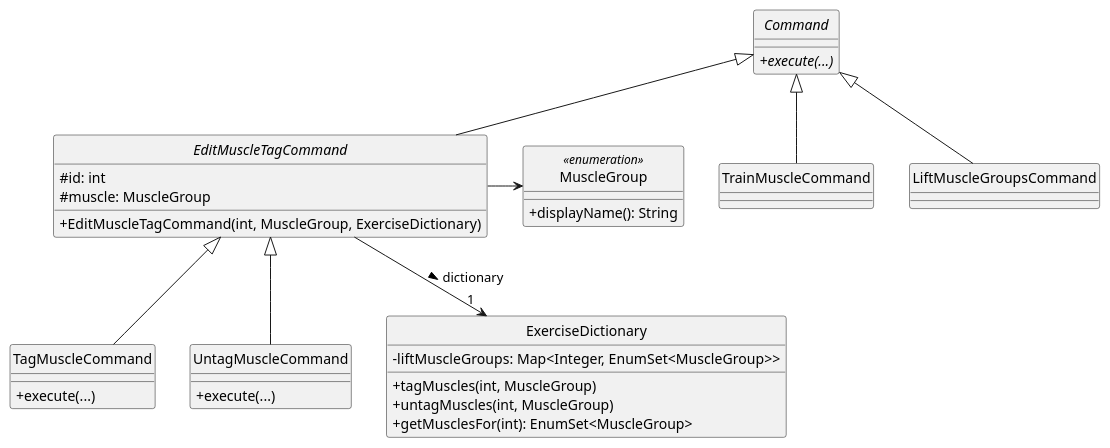
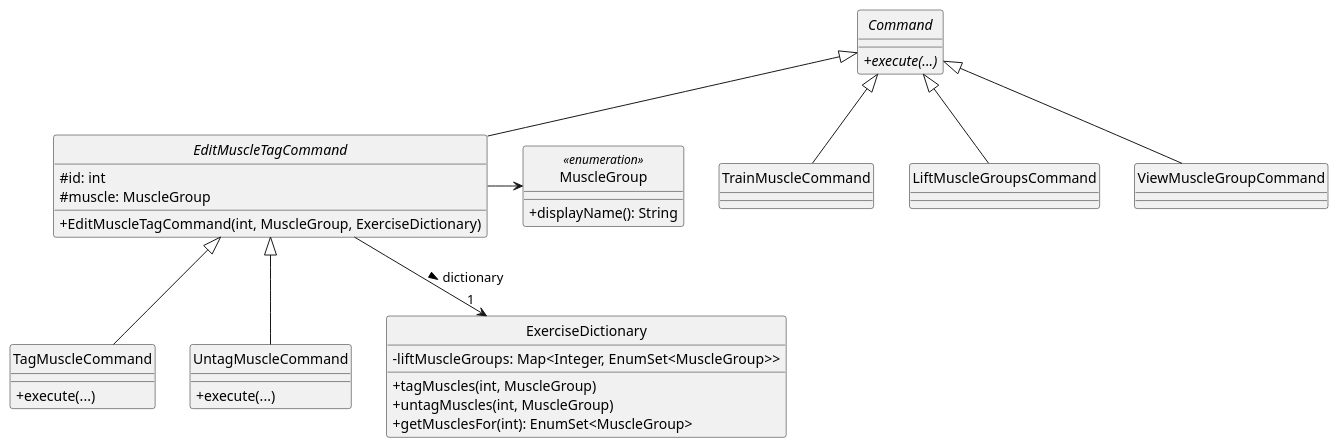
Before and after one commit to Javierseow/tp: the diagram in docs/diagrams/MuscleTaggingClassDiagram.puml, drawn with PlantUML. The commit also changed 2 other files, not shown here.

```diff
--- a/docs/diagrams/MuscleTaggingClassDiagram.puml
+++ b/docs/diagrams/MuscleTaggingClassDiagram.puml
@@ -1,42 +1,43 @@
 @startuml
 skinparam classAttributeIconSize 0
 hide circle
 
 abstract class Command {
     + {abstract} execute(...)
 }
 
 abstract class EditMuscleTagCommand {
     # id: int
     # muscle: MuscleGroup
     + EditMuscleTagCommand(int, MuscleGroup, ExerciseDictionary)
 }
 
 class TagMuscleCommand {
     + execute(...)
 }
 
 class UntagMuscleCommand {
     + execute(...)
 }
 
 class ExerciseDictionary {
     - liftMuscleGroups: Map<Integer, EnumSet<MuscleGroup>>
     + tagMuscles(int, MuscleGroup)
     + untagMuscles(int, MuscleGroup)
     + getMusclesFor(int): EnumSet<MuscleGroup>
 }
 
 enum MuscleGroup <<enumeration>> {
     + displayName(): String
 }
 
 Command <|-- EditMuscleTagCommand
 Command <|-- TrainMuscleCommand
 Command <|-- LiftMuscleGroupsCommand
+Command <|-- ViewMuscleGroupCommand
 EditMuscleTagCommand <|-- TagMuscleCommand
 EditMuscleTagCommand <|-- UntagMuscleCommand
 
 EditMuscleTagCommand -down-> "1" ExerciseDictionary : dictionary >
 EditMuscleTagCommand -right-> MuscleGroup
 @enduml
```
